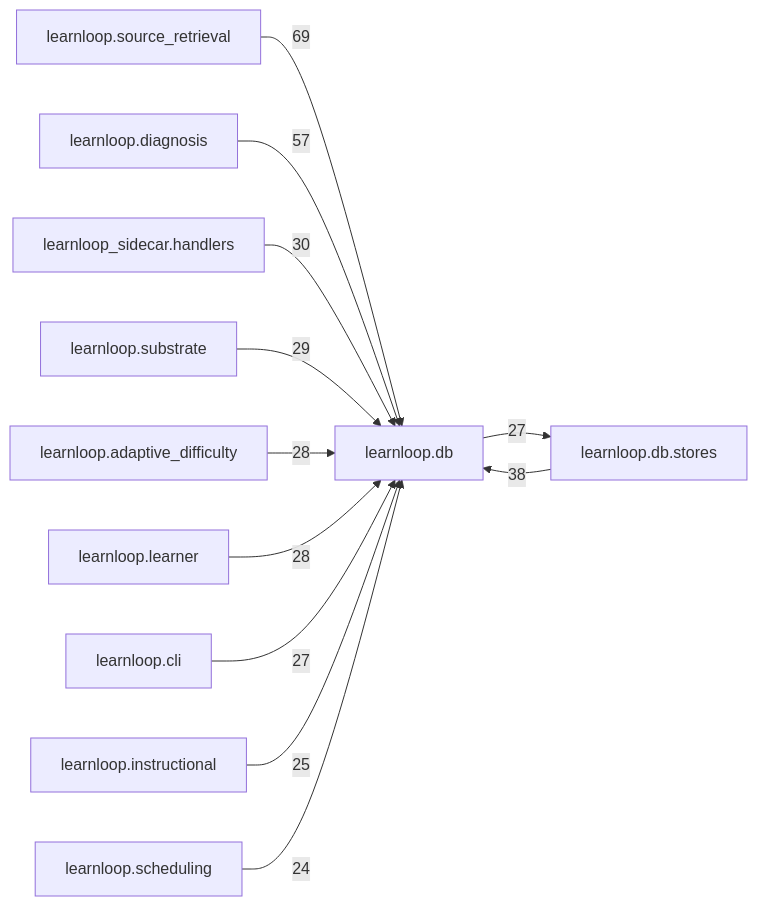
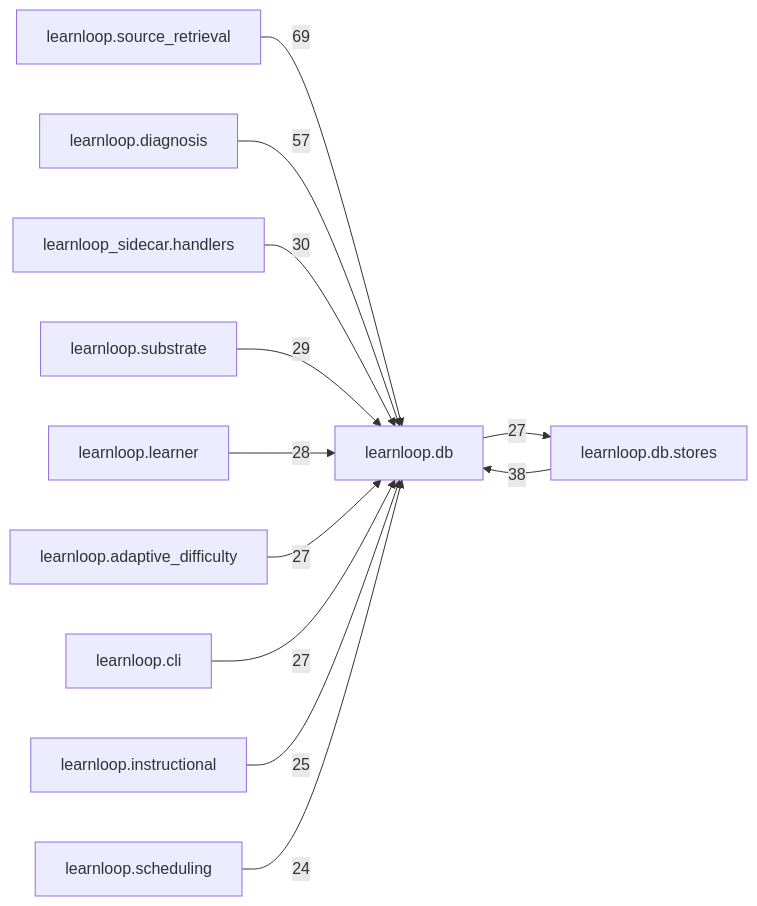
One commit to 6up-b/learnanything changed the diagram in docs/learnloop-architecture-vault/Reference/Modules/learnloop/db/_package.md. Above: the diagram before and after it, drawn with Mermaid. The commit also changed other lines of this file and 13 other files, not shown here.

````diff
--- a/docs/learnloop-architecture-vault/Reference/Modules/learnloop/db/_package.md
+++ b/docs/learnloop-architecture-vault/Reference/Modules/learnloop/db/_package.md
@@ -158,25 +158,25 @@
 ```mermaid
 flowchart LR
     center["learnloop.db"]
     n_learnloop_source_retrieval["learnloop.source_retrieval"]
     n_learnloop_db_stores["learnloop.db.stores"]
     n_learnloop_diagnosis["learnloop.diagnosis"]
     n_learnloop_sidecar_handlers["learnloop_sidecar.handlers"]
     n_learnloop_substrate["learnloop.substrate"]
+    n_learnloop_learner["learnloop.learner"]
     n_learnloop_adaptive_difficulty["learnloop.adaptive_difficulty"]
-    n_learnloop_learner["learnloop.learner"]
     n_learnloop_cli["learnloop.cli"]
     n_learnloop_instructional["learnloop.instructional"]
     n_learnloop_scheduling["learnloop.scheduling"]
     n_learnloop_source_retrieval -->|69| center
     n_learnloop_db_stores -->|38| center
     center -->|27| n_learnloop_db_stores
     n_learnloop_diagnosis -->|57| center
     n_learnloop_sidecar_handlers -->|30| center
     n_learnloop_substrate -->|29| center
-    n_learnloop_adaptive_difficulty -->|28| center
     n_learnloop_learner -->|28| center
+    n_learnloop_adaptive_difficulty -->|27| center
     n_learnloop_cli -->|27| center
     n_learnloop_instructional -->|25| center
     n_learnloop_scheduling -->|24| center
 ```
````
